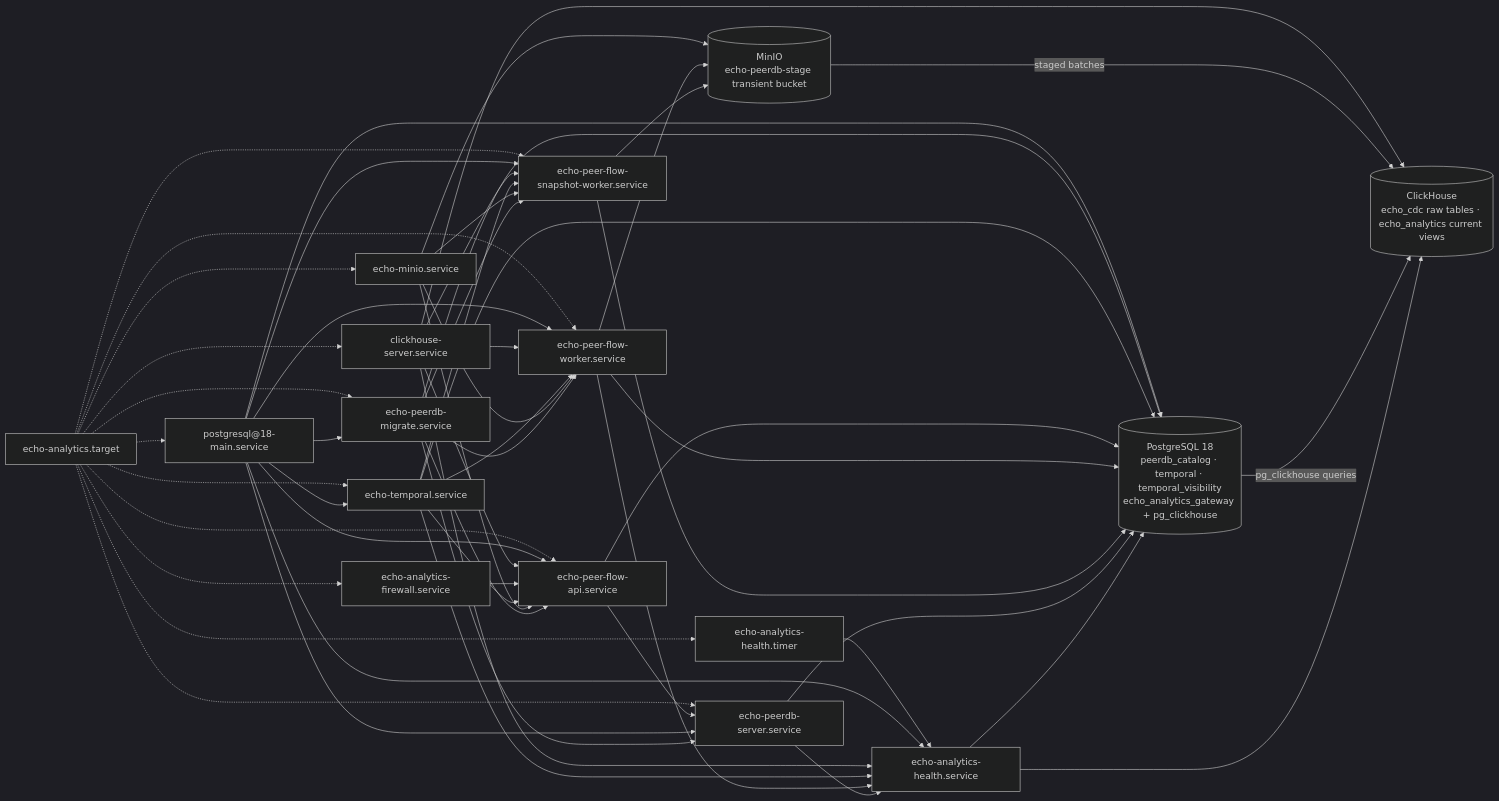
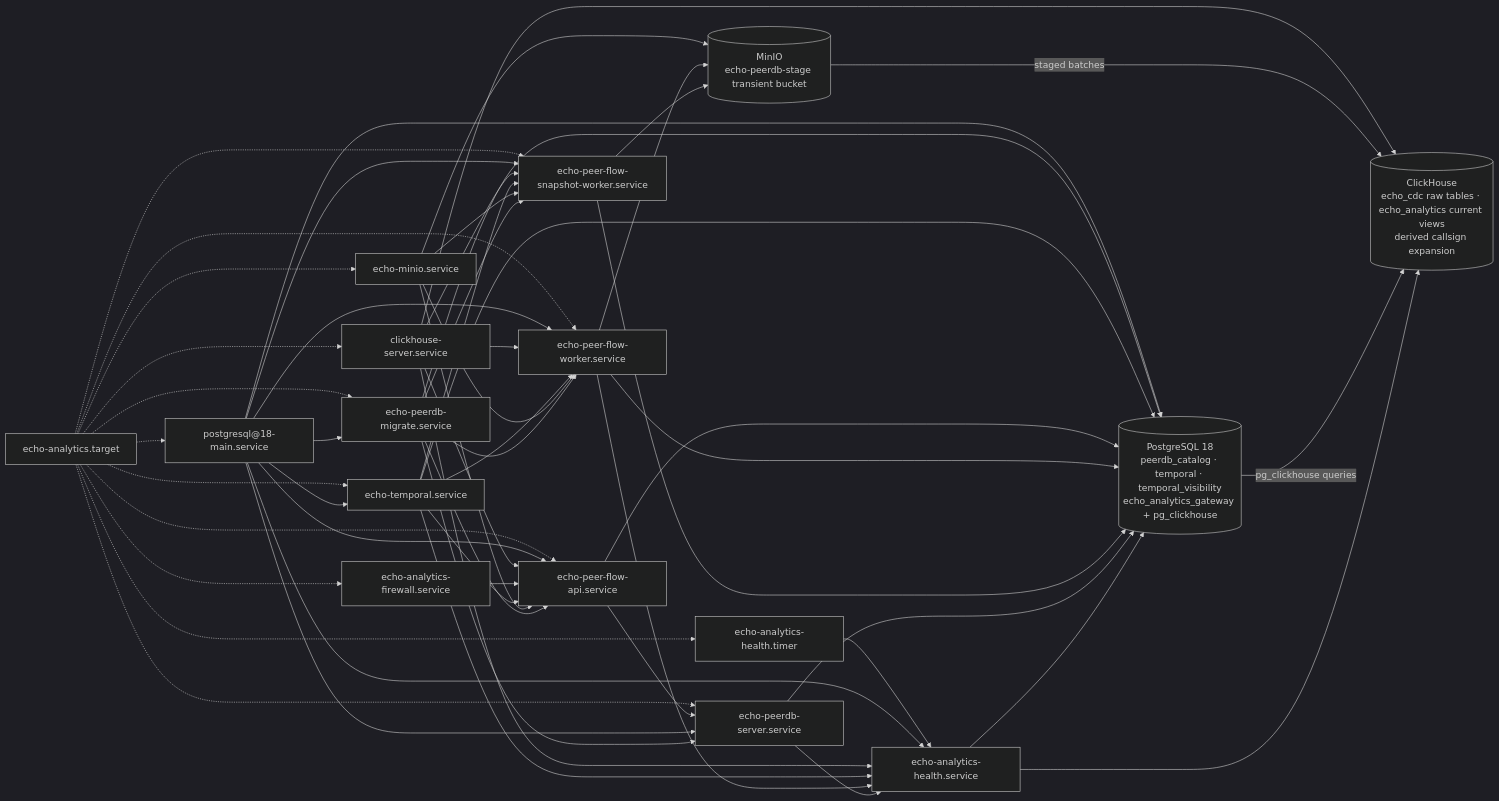
Before and after one commit to murczyk/echo: the fifth of 5 diagrams in docs/README.md, drawn with Mermaid (dark theme). The commit also changed other lines of this file and 15 other files, not shown here.

````diff
--- a/docs/README.md
+++ b/docs/README.md
@@ -276,78 +276,78 @@
 ```mermaid
 flowchart LR
     target["echo-analytics.target"]
 
     postgres["postgresql@18-main.service"]
     clickhouse["clickhouse-server.service"]
     firewall["echo-analytics-firewall.service"]
     temporal["echo-temporal.service"]
     minio["echo-minio.service"]
     migrate["echo-peerdb-migrate.service"]
     api["echo-peer-flow-api.service"]
     worker["echo-peer-flow-worker.service"]
     snapshot["echo-peer-flow-snapshot-worker.service"]
     peerdb["echo-peerdb-server.service"]
     health_timer["echo-analytics-health.timer"]
     health["echo-analytics-health.service"]
 
     postgres_store[("PostgreSQL 18<br/>peerdb_catalog · temporal · temporal_visibility<br/>echo_analytics_gateway + pg_clickhouse")]
-    clickhouse_store[("ClickHouse<br/>echo_cdc raw tables · echo_analytics current views")]
+    clickhouse_store[("ClickHouse<br/>echo_cdc raw tables · echo_analytics current views<br/>derived callsign expansion")]
     minio_store[("MinIO<br/>echo-peerdb-stage transient bucket")]
 
     target -.-> postgres
     target -.-> clickhouse
     target -.-> firewall
     target -.-> temporal
     target -.-> minio
     target -.-> migrate
     target -.-> api
     target -.-> worker
     target -.-> snapshot
     target -.-> peerdb
     target -.-> health_timer
 
     postgres --> temporal
     postgres --> migrate
     postgres --> api
     clickhouse --> api
     firewall --> api
     temporal --> api
     minio --> api
     migrate --> api
     api --> peerdb
     postgres --> worker
     clickhouse --> worker
     temporal --> worker
     minio --> worker
     migrate --> worker
     postgres --> snapshot
     clickhouse --> snapshot
     temporal --> snapshot
     minio --> snapshot
     migrate --> snapshot
     postgres --> peerdb
     migrate --> peerdb
     health_timer --> health
     postgres --> health
     clickhouse --> health
     temporal --> health
     worker --> health
     peerdb --> health
 
     postgres --> postgres_store
     clickhouse --> clickhouse_store
     minio --> minio_store
 
     migrate --> postgres_store
     temporal --> postgres_store
     api --> postgres_store
     worker --> postgres_store
     snapshot --> postgres_store
     peerdb --> postgres_store
     health --> postgres_store
     worker --> minio_store
     snapshot --> minio_store
     minio_store -->|staged batches| clickhouse_store
     postgres_store -->|pg_clickhouse queries| clickhouse_store
     health --> clickhouse_store
 ```
````
